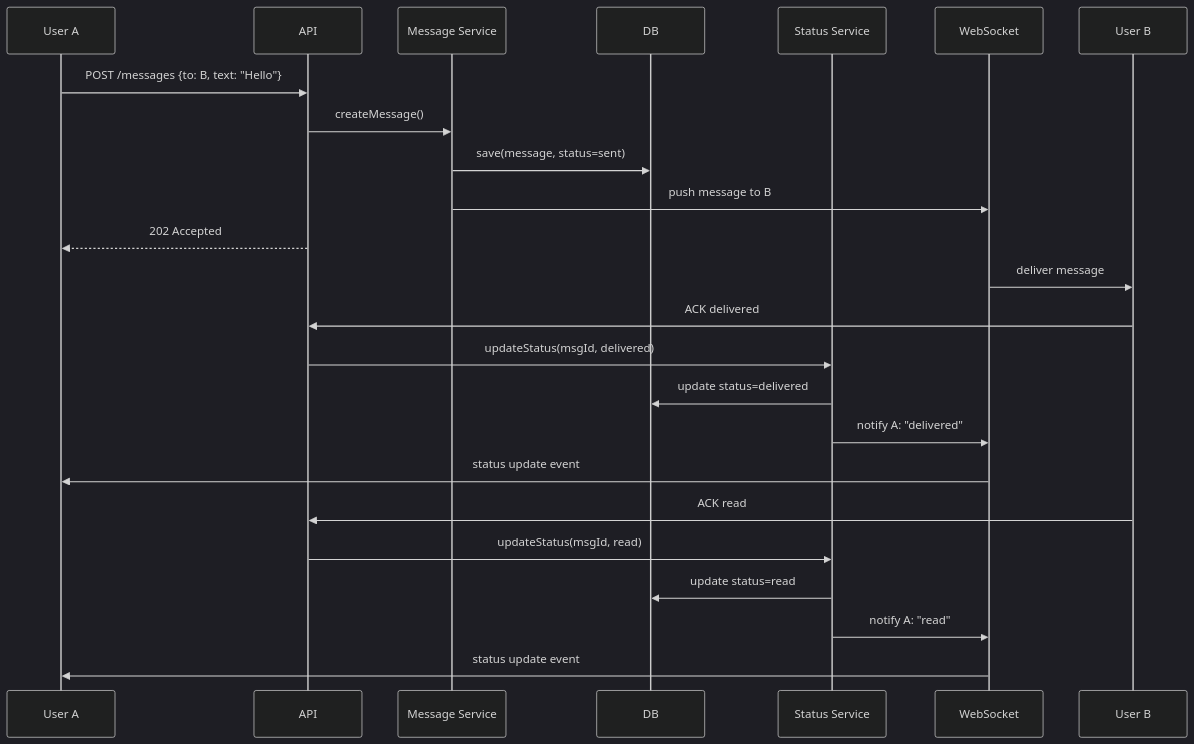
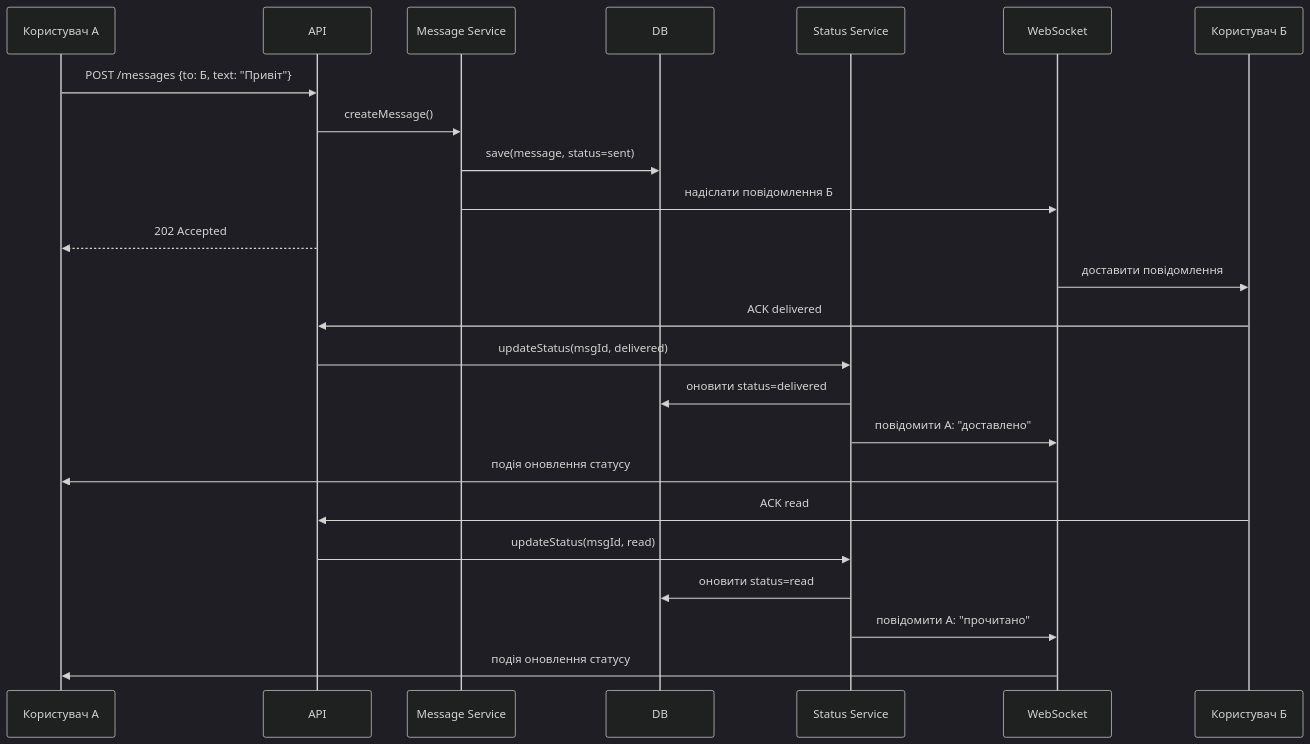
One commit to IlliaPiven8539502/Lab_1 changed the second of 3 diagrams in lab1_variant2.md. Above: the diagram before and after it, drawn with Mermaid (dark theme). The commit also changed other lines of this file, not shown here.

````diff
--- a/lab1_variant2.md
+++ b/lab1_variant2.md
@@ -37,29 +37,29 @@
 ```mermaid
 sequenceDiagram
-  participant A as User A
+  participant A as Користувач А
   participant API
   participant Msg as Message Service
   participant DB
   participant Status as Status Service
   participant WS as WebSocket
-  participant B as User B
+  participant B as Користувач Б
 
-  A->>API: POST /messages {to: B, text: "Hello"}
+  A->>API: POST /messages {to: Б, text: "Привіт"}
   API->>Msg: createMessage()
   Msg->>DB: save(message, status=sent)
-  Msg->>WS: push message to B
+  Msg->>WS: надіслати повідомлення Б
   API-->>A: 202 Accepted
 
-  WS->>B: deliver message
+  WS->>B: доставити повідомлення
   B->>API: ACK delivered
   API->>Status: updateStatus(msgId, delivered)
-  Status->>DB: update status=delivered
-  Status->>WS: notify A: "delivered"
-  WS->>A: status update event
+  Status->>DB: оновити status=delivered
+  Status->>WS: повідомити А: "доставлено"
+  WS->>A: подія оновлення статусу
 
   B->>API: ACK read
   API->>Status: updateStatus(msgId, read)
-  Status->>DB: update status=read
-  Status->>WS: notify A: "read"
-  WS->>A: status update event
+  Status->>DB: оновити status=read
+  Status->>WS: повідомити А: "прочитано"
+  WS->>A: подія оновлення статусу
 ```
````
